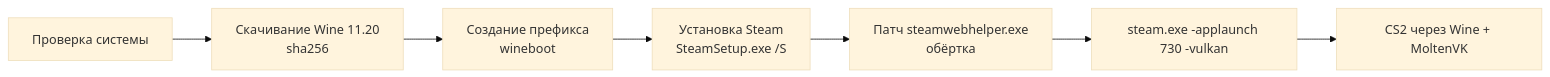
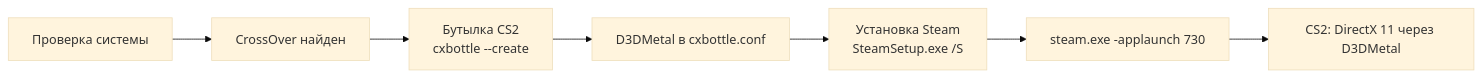
The diagram in README.md (reallyworld508-lab/CS2Launcher), drawn with Mermaid (base theme) before and after one commit. The commit also changed other lines of this file and 29 other files, not shown here.

Commit message:
Switch engine to CrossOver (D3DMetal); drop Wine 11.20, MoltenVK and the helper wrapper

````diff
--- a/README.md
+++ b/README.md
@@ -51,9 +57,9 @@
 ```mermaid
 flowchart LR
-    A[Проверка системы] --> B[Скачивание Wine 11.20<br/>sha256]
-    B --> C[Создание префикса<br/>wineboot]
-    C --> D[Установка Steam<br/>SteamSetup.exe /S]
-    D --> E[Патч steamwebhelper.exe<br/>обёртка]
-    E --> F[steam.exe -applaunch 730 -vulkan]
-    F --> G[CS2 через Wine + MoltenVK]
+    A[Проверка системы] --> B[CrossOver найден]
+    B --> C[Бутылка CS2<br/>cxbottle --create]
+    C --> D[D3DMetal в cxbottle.conf]
+    D --> E[Установка Steam<br/>SteamSetup.exe /S]
+    E --> F[steam.exe -applaunch 730]
+    F --> G[CS2: DirectX 11 через D3DMetal]
 ```
````
